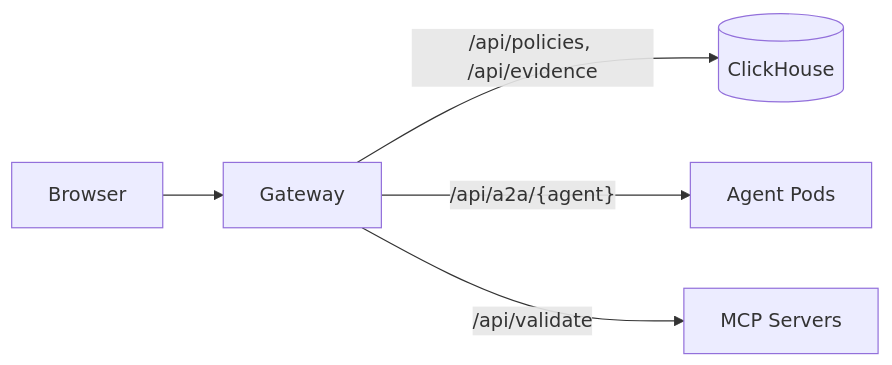
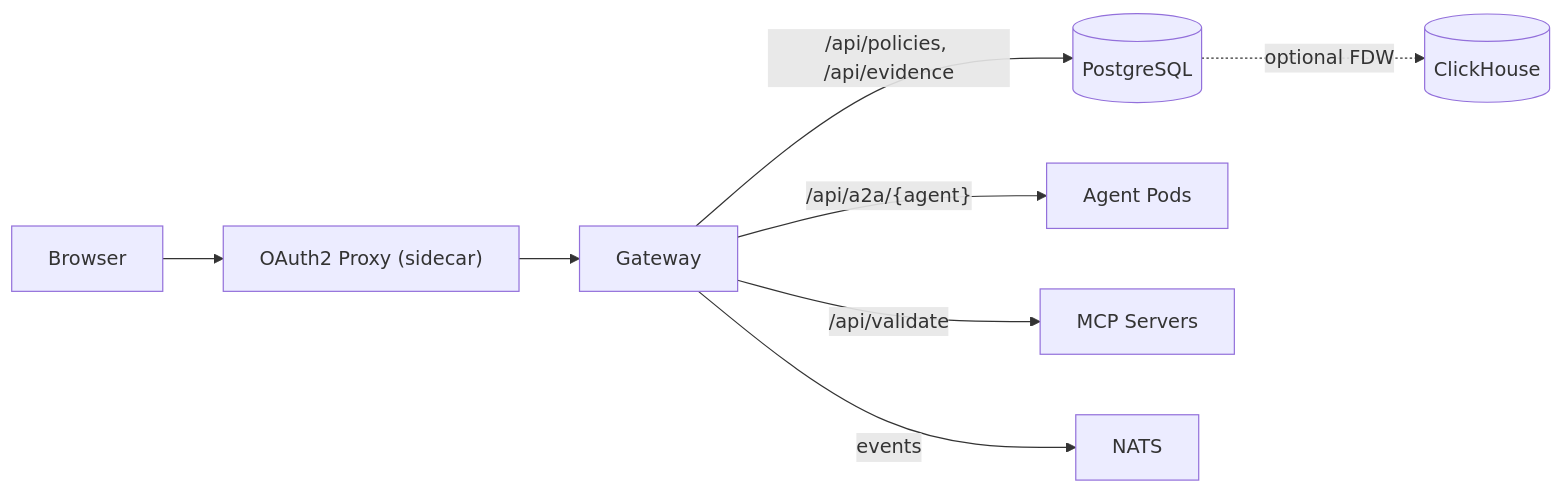
The diagram in docs/decisions/backend-architecture.md (jpower432/complytime-studio), drawn with Mermaid before and after one commit. The commit also changed other lines of this file and 28 other files, not shown here.

````diff
--- a/docs/decisions/backend-architecture.md
+++ b/docs/decisions/backend-architecture.md
@@ -19,7 +19,10 @@
 ```mermaid
 graph LR
-    Browser --> Gateway
-    Gateway -- "/api/policies, /api/evidence" --> CH[("ClickHouse")]
+    Browser --> OAuth2Proxy["OAuth2 Proxy (sidecar)"]
+    OAuth2Proxy --> Gateway
+    Gateway -- "/api/policies, /api/evidence" --> PG[("PostgreSQL")]
     Gateway -- "/api/a2a/{agent}" --> Agents["Agent Pods"]
     Gateway -- "/api/validate" --> MCP["MCP Servers"]
+    Gateway -- "events" --> NATS["NATS"]
+    PG -. "optional FDW" .-> CH[("ClickHouse")]
 ```
````
